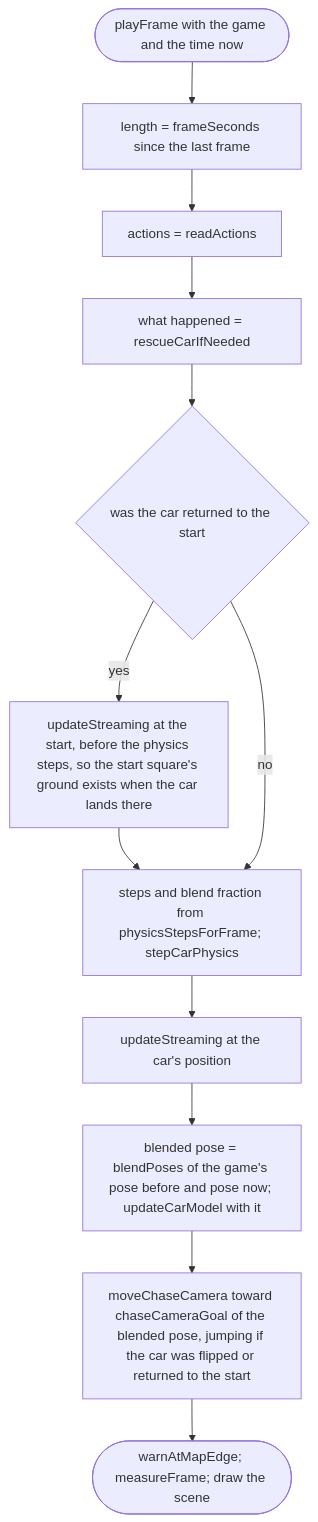
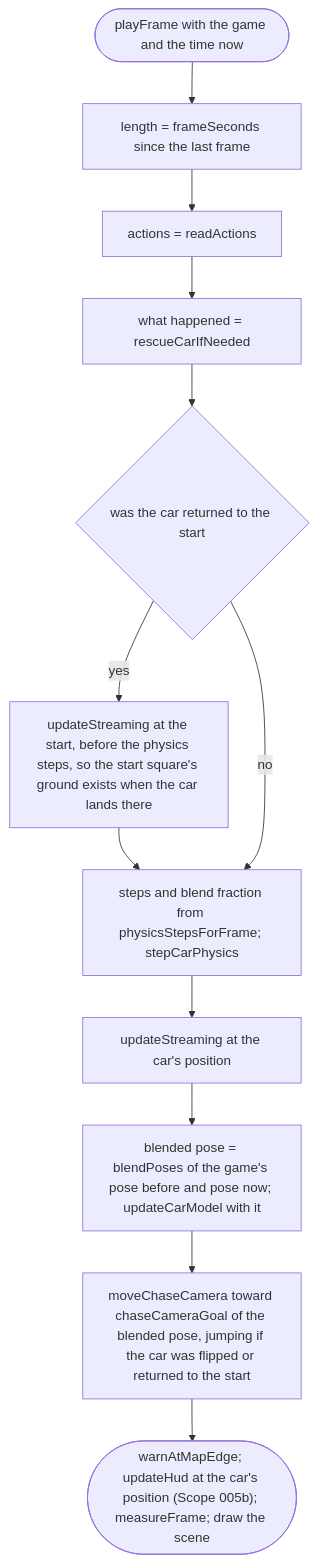
One commit to NewDara-Star/world-engine changed the seventh of 8 diagrams in docs/designs/src/game/loop.md. Above: the diagram before and after it, drawn with Mermaid. The commit also changed other lines of this file and 58 other files, not shown here.

````diff
--- a/docs/designs/src/game/loop.md
+++ b/docs/designs/src/game/loop.md
@@ -121,18 +121,18 @@
 ```mermaid
 flowchart TD
   s(["playFrame with the game and the time now"])
   a["length = frameSeconds since the last frame"]
   b["actions = readActions"]
   c["what happened = rescueCarIfNeeded"]
   r{"was the car returned to the start"}
   r1["updateStreaming at the start, before the physics steps, so the start square's ground exists when the car lands there"]
   d["steps and blend fraction from physicsStepsForFrame; stepCarPhysics"]
   e["updateStreaming at the car's position"]
   f["blended pose = blendPoses of the game's pose before and pose now; updateCarModel with it"]
   g["moveChaseCamera toward chaseCameraGoal of the blended pose, jumping if the car was flipped or returned to the start"]
-  h(["warnAtMapEdge; measureFrame; draw the scene"])
+  h(["warnAtMapEdge; updateHud at the car's position (Scope 005b); measureFrame; draw the scene"])
   s --> a --> b --> c --> r
   r -->|"yes"| r1 --> d
   r -->|"no"| d
   d --> e --> f --> g --> h
 ```
````
